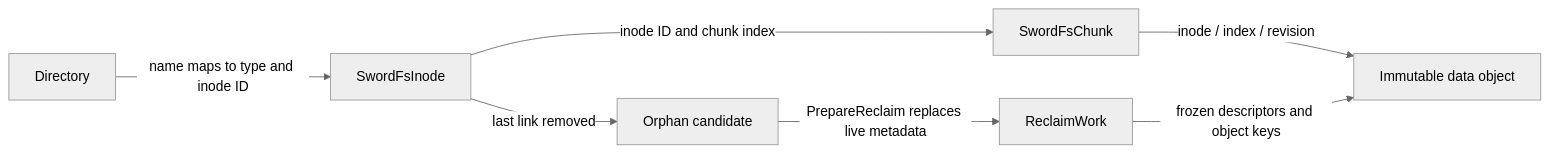
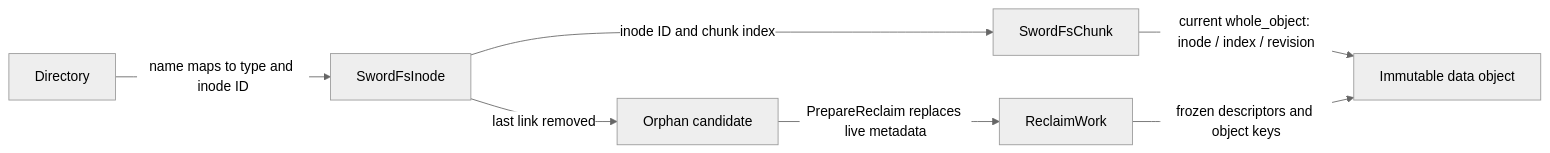
One commit to SwordInfra/SwordFS changed the first of 2 diagrams in docs/design/data-structures.md. Above: the diagram before and after it, drawn with Mermaid (neutral theme). The commit also changed other lines of this file and 3 other files, not shown here.

````diff
--- a/docs/design/data-structures.md
+++ b/docs/design/data-structures.md
@@ -9,9 +9,9 @@
 ```mermaid
 flowchart LR
     D[Directory] -->|name maps to type and inode ID| I[SwordFsInode]
     I -->|inode ID and chunk index| S[SwordFsChunk]
-    S -->|inode / index / revision| O[Immutable data object]
+    S -->|current whole_object: inode / index / revision| O[Immutable data object]
     I -->|last link removed| A[Orphan candidate]
     A -->|PrepareReclaim replaces live metadata| R[ReclaimWork]
     R -->|frozen descriptors and object keys| O
 ```
````
